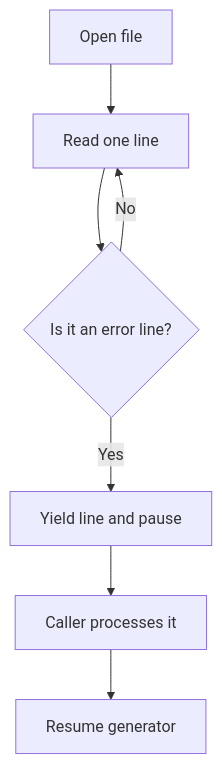
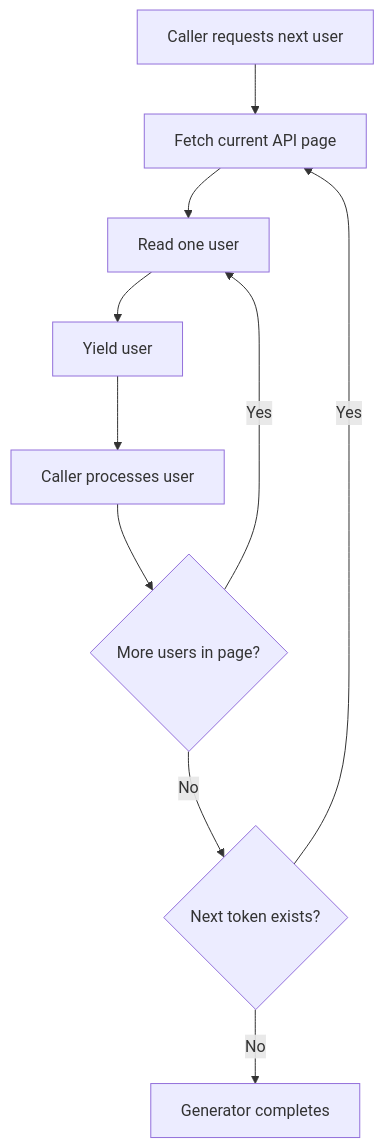
Before and after one commit to AvadhBhalodiya/Interview-Preparation: the third of 4 diagrams in src/content/python/generators-iterators-yield.md, drawn with Mermaid. The commit also changed other lines of this file and 80 other files, not shown here.

````diff
--- a/src/content/python/generators-iterators-yield.md
+++ b/src/content/python/generators-iterators-yield.md
@@ -532,9 +251,12 @@
 ```mermaid
 flowchart TD
-    A[Open file] --> B[Read one line]
-    B --> C{Is it an error line?}
-    C -->|No| B
-    C -->|Yes| D[Yield line and pause]
-    D --> E[Caller processes it]
-    E --> F[Resume generator]
+    A[Caller requests next user] --> B[Fetch current API page]
+    B --> C[Read one user]
+    C --> D[Yield user]
+    D --> E[Caller processes user]
+    E --> F{More users in page?}
+    F -->|Yes| C
+    F -->|No| G{Next token exists?}
+    G -->|Yes| B
+    G -->|No| H[Generator completes]
 ```
````
